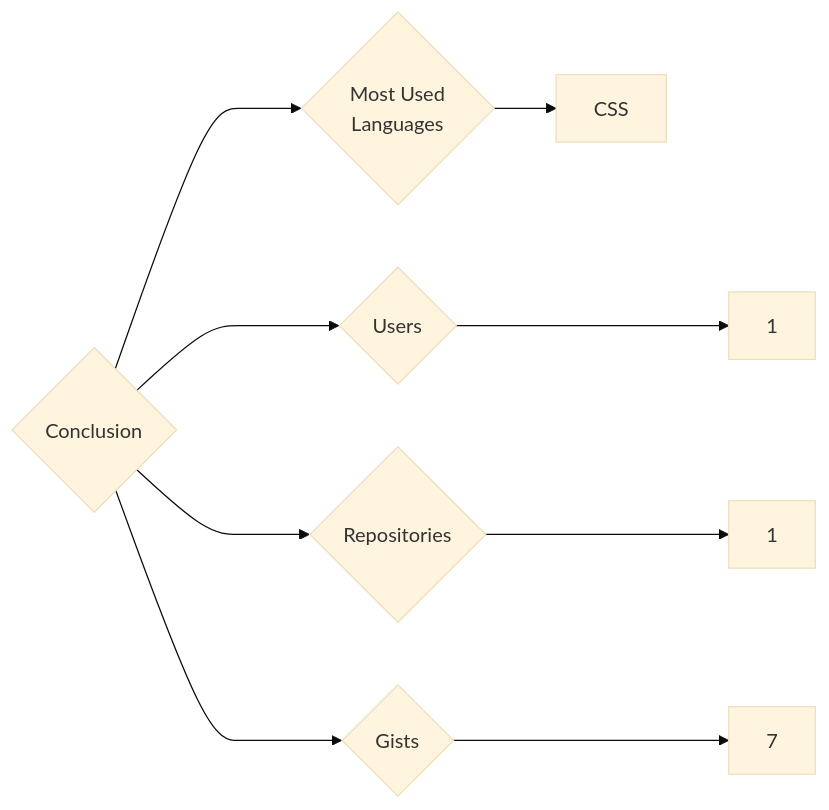
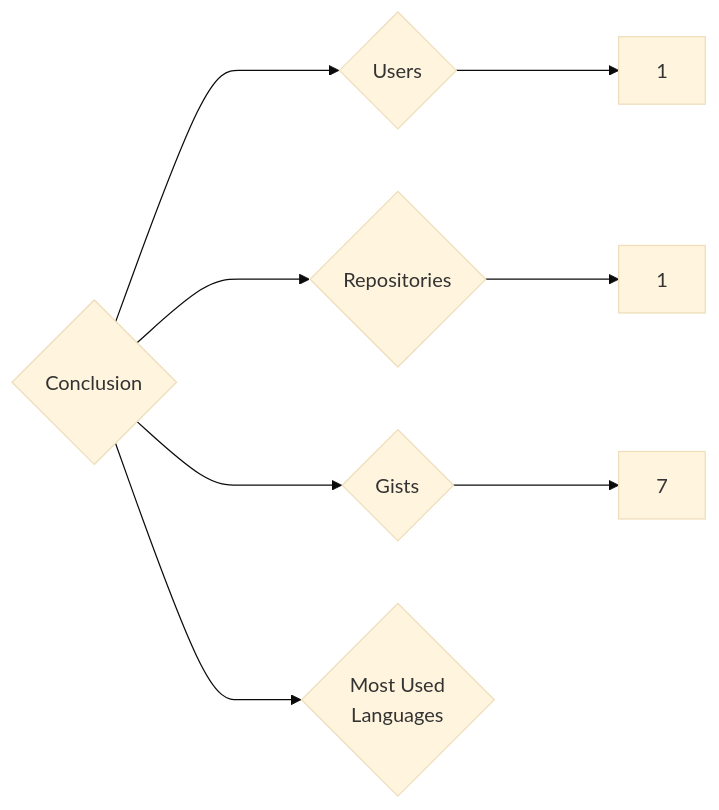
The diagram in targets/Conclusion/README.md (trickest/insiders), drawn with Mermaid (base theme) before and after one commit. The commit also changed 721 other files, not shown here.

````diff
--- a/targets/Conclusion/README.md
+++ b/targets/Conclusion/README.md
@@ -3,9 +3,8 @@
 ```mermaid
 graph LR
 COMPANY_NAME{Conclusion}
 COMPANY_NAME ---> U{Users} ---> UN[1]
 COMPANY_NAME ---> R{Repositories} ---> RN[1]
 COMPANY_NAME ---> G{Gists} ---> GN[7]
 COMPANY_NAME ---> ML{Most Used<br>Languages}
-ML --> CSS[CSS]
 ```
````
